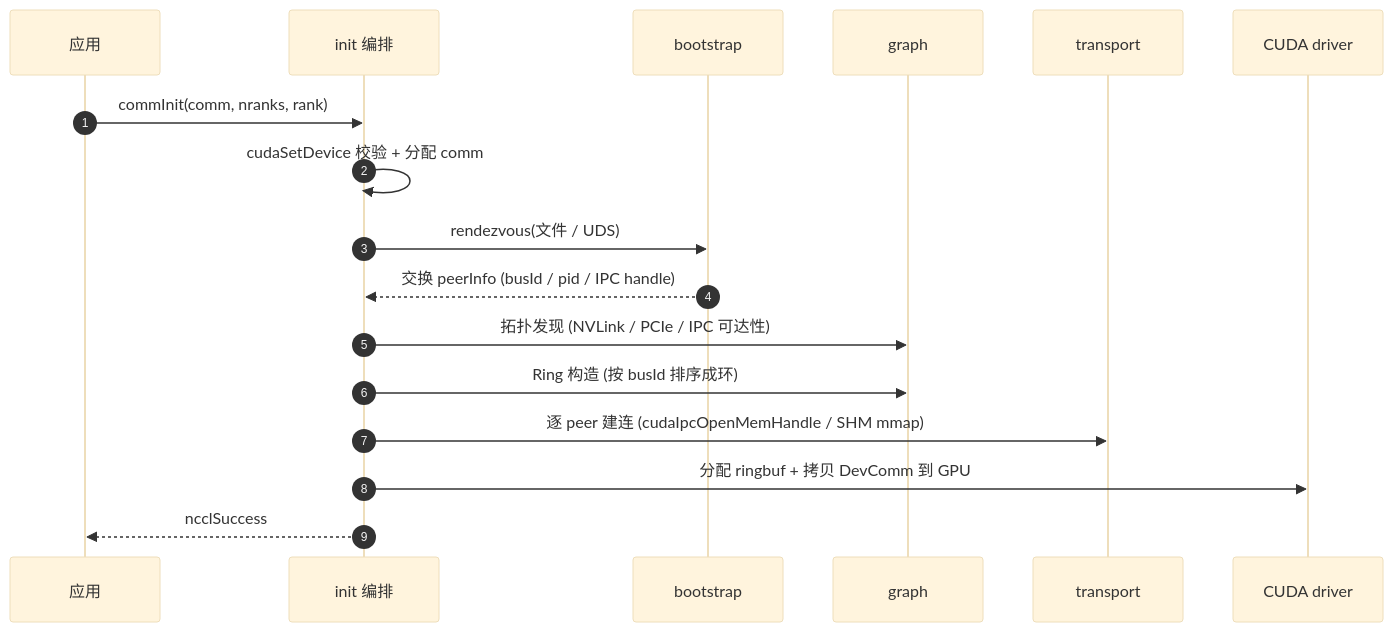
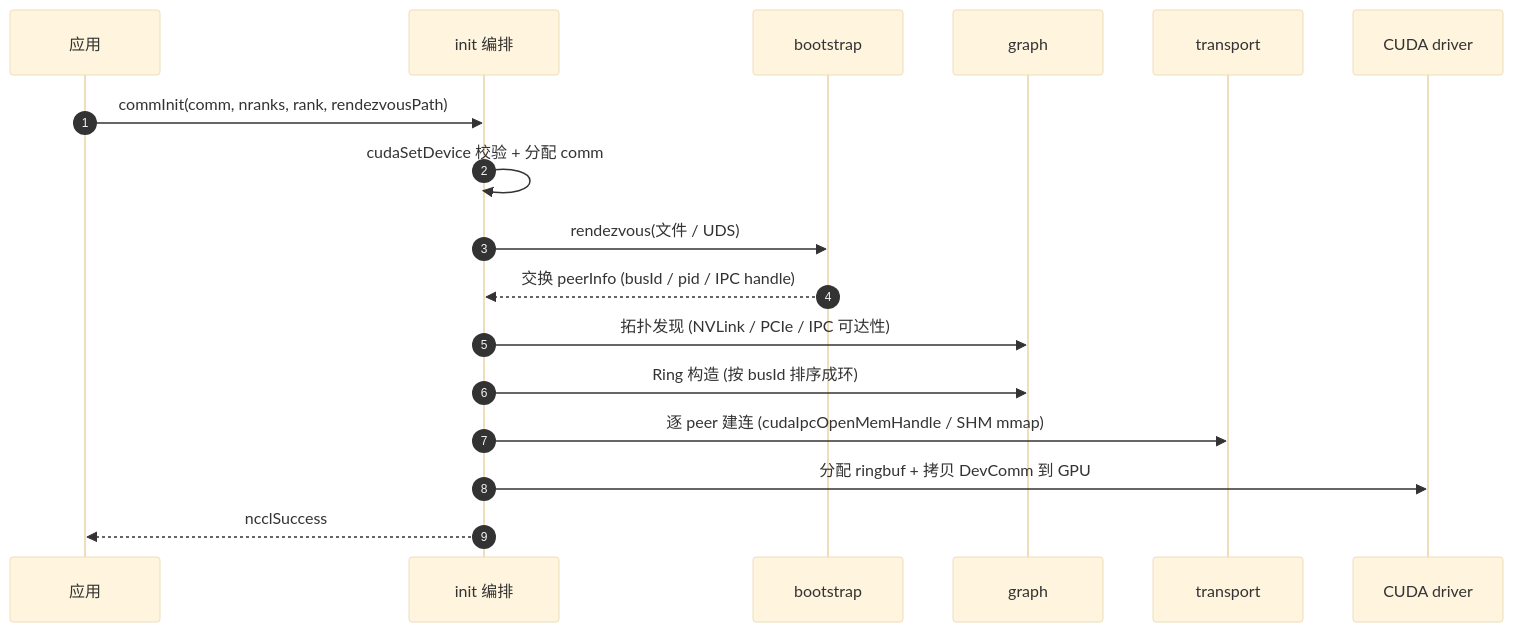
One commit to AaronYang238/nccl_doc changed the second of 4 diagrams in allreduce-outline-design-v1.0.md. Above: the diagram before and after it, drawn with Mermaid (base theme). The commit also changed other lines of this file and 2 other files, not shown here.

````diff
--- a/allreduce-outline-design-v1.0.md
+++ b/allreduce-outline-design-v1.0.md
@@ -359,20 +429,20 @@
 ```mermaid
 sequenceDiagram
   autonumber
   participant App as 应用
   participant Init as init 编排
   participant Boot as bootstrap
   participant Graph as graph
   participant Trans as transport
   participant GPU as CUDA driver
 
-  App->>Init: commInit(comm, nranks, rank)
+  App->>Init: commInit(comm, nranks, rank, rendezvousPath)
   Init->>Init: cudaSetDevice 校验 + 分配 comm
   Init->>Boot: rendezvous(文件 / UDS)
   Boot-->>Init: 交换 peerInfo (busId / pid / IPC handle)
   Init->>Graph: 拓扑发现 (NVLink / PCIe / IPC 可达性)
   Init->>Graph: Ring 构造 (按 busId 排序成环)
   Init->>Trans: 逐 peer 建连 (cudaIpcOpenMemHandle / SHM mmap)
   Init->>GPU: 分配 ringbuf + 拷贝 DevComm 到 GPU
   Init-->>App: ncclSuccess
 ```
````
